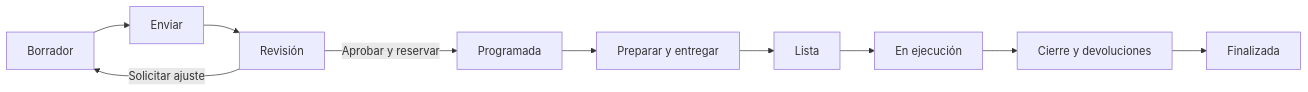
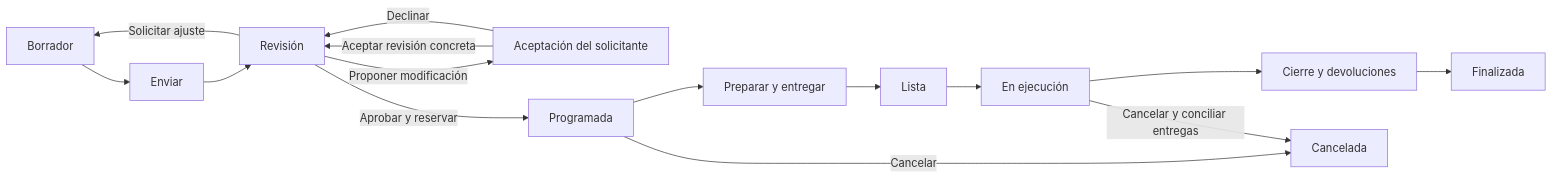
The diagram in docs/plan/05_experiencia_y_diseno.md (JIO1011/platlab), drawn with Mermaid before and after one commit. The commit also changed other lines of this file and 11 other files, not shown here.

````diff
--- a/docs/plan/05_experiencia_y_diseno.md
+++ b/docs/plan/05_experiencia_y_diseno.md
@@ -87,12 +89,17 @@
 ```mermaid
 flowchart LR
     A[Borrador] --> B[Enviar]
     B --> C[Revisión]
     C -->|Solicitar ajuste| A
+    C -->|Proponer modificación| J[Aceptación del solicitante]
+    J -->|Aceptar revisión concreta| C
+    J -->|Declinar| C
     C -->|Aprobar y reservar| D[Programada]
     D --> E[Preparar y entregar]
     E --> F[Lista]
     F --> G[En ejecución]
     G --> H[Cierre y devoluciones]
     H --> I[Finalizada]
+    D -->|Cancelar| K[Cancelada]
+    G -->|Cancelar y conciliar entregas| K
 ```
````
